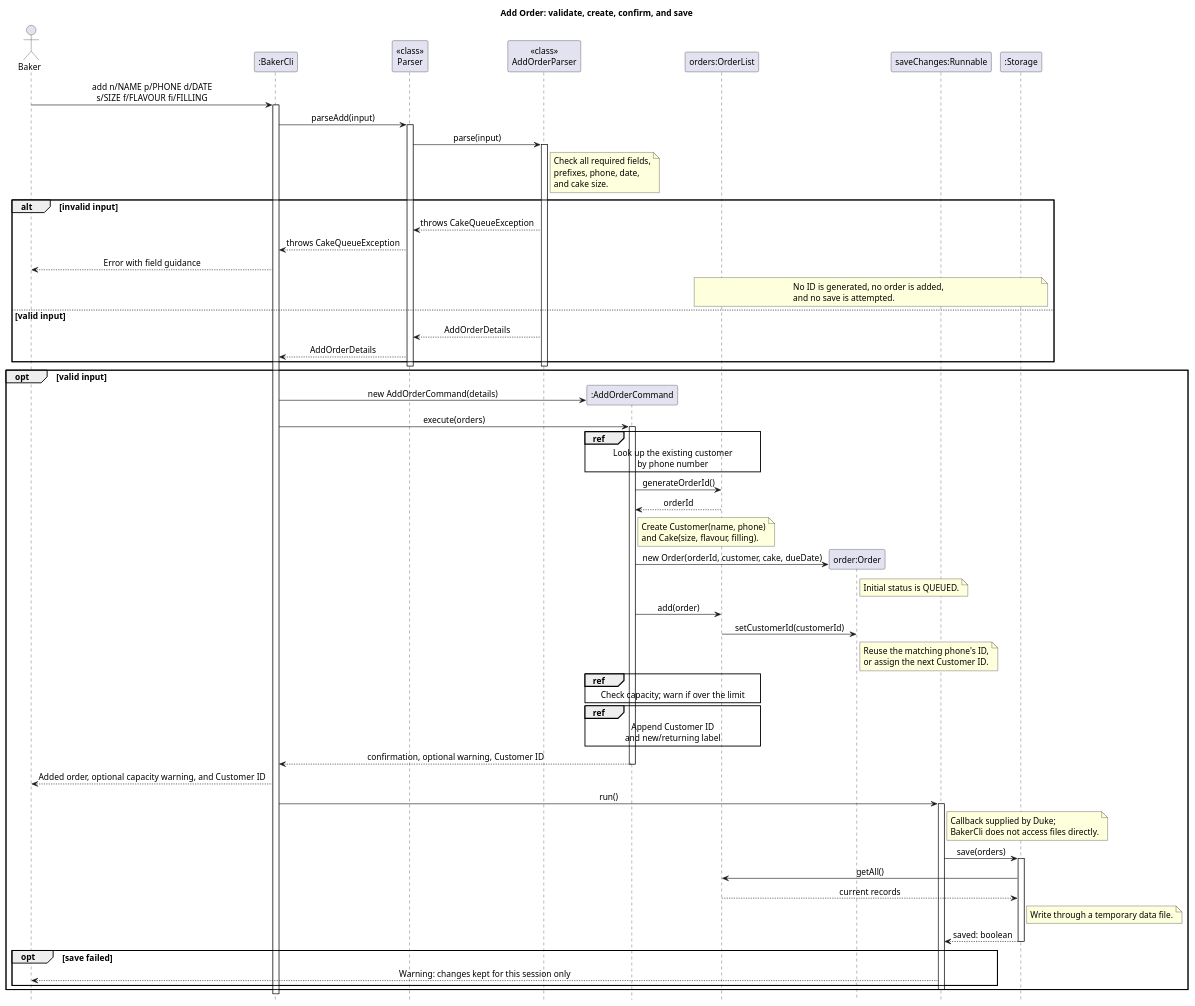
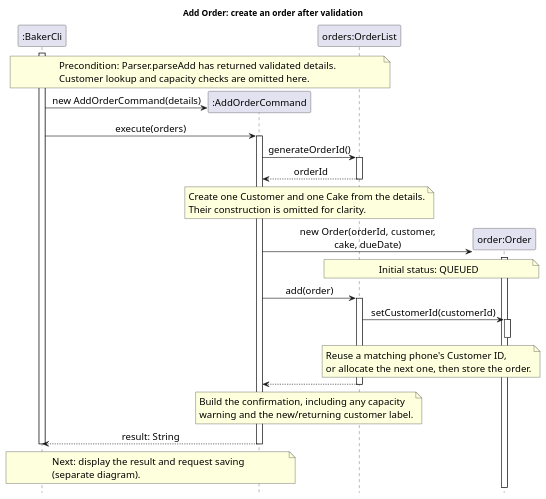
The diagram in docs/diagrams/add-order-sequence.puml (AY2627S1-CS2113-W12-1/tp), drawn with PlantUML before and after one commit. The commit also changed 9 other files, not shown here.

```diff
--- a/docs/diagrams/add-order-sequence.puml
+++ b/docs/diagrams/add-order-sequence.puml
@@ -1,90 +1,59 @@
 @startuml
 ' Author: Eethanzyj
-title Add Order: validate, create, confirm, and save
+title Add Order: create an order after validation
 skinparam backgroundColor white
 skinparam defaultFontName SansSerif
-skinparam defaultFontSize 14
+skinparam defaultFontSize 16
 skinparam sequenceMessageAlign center
 hide footbox
 
-actor Baker
 participant ":BakerCli" as Cli
-participant "<<class>>\nParser" as Parser
-participant "<<class>>\nAddOrderParser" as AddParser
 participant ":AddOrderCommand" as Add
 participant "orders:OrderList" as Orders
 participant "order:Order" as Order
-participant "saveChanges:Runnable" as Save
-participant ":Storage" as Storage
 
-Baker -> Cli : add n/NAME p/PHONE d/DATE\ns/SIZE f/FLAVOUR fi/FILLING
+note over Cli, Orders
+  Precondition: Parser.parseAdd has returned validated details.
+  Customer lookup and capacity checks are omitted here.
+end note
 activate Cli
-Cli -> Parser : parseAdd(input)
-activate Parser
-Parser -> AddParser : parse(input)
-activate AddParser
-note right of AddParser
-  Check all required fields,
-  prefixes, phone, date,
-  and cake size.
+create Add
+Cli -> Add : new AddOrderCommand(details)
+Cli -> Add : execute(orders)
+activate Add
+Add -> Orders : generateOrderId()
+activate Orders
+Orders --> Add : orderId
+deactivate Orders
+note over Add, Orders
+  Create one Customer and one Cake from the details.
+  Their construction is omitted for clarity.
 end note
-alt invalid input
-  AddParser --> Parser : throws CakeQueueException
-  Parser --> Cli : throws CakeQueueException
-  Cli --> Baker : Error with field guidance
-  note over Orders, Storage
-    No ID is generated, no order is added,
-    and no save is attempted.
-  end note
-else valid input
-  AddParser --> Parser : AddOrderDetails
-  Parser --> Cli : AddOrderDetails
-end
-deactivate AddParser
-deactivate Parser
-opt valid input
-  create Add
-  Cli -> Add : new AddOrderCommand(details)
-  Cli -> Add : execute(orders)
-  activate Add
-  ref over Add, Orders : Look up the existing customer\nby phone number
-  Add -> Orders : generateOrderId()
-  Orders --> Add : orderId
-  note right of Add
-    Create Customer(name, phone)
-    and Cake(size, flavour, filling).
-  end note
-  create Order
-  Add -> Order : new Order(orderId, customer, cake, dueDate)
-  note right of Order : Initial status is QUEUED.
-  Add -> Orders : add(order)
-  Orders -> Order : setCustomerId(customerId)
-  note right of Order
-    Reuse the matching phone's ID,
-    or assign the next Customer ID.
-  end note
-  ref over Add, Orders : Check capacity; warn if over the limit
-  ref over Add, Orders : Append Customer ID\nand new/returning label
-  Add --> Cli : confirmation, optional warning, Customer ID
-  deactivate Add
-  Cli --> Baker : Added order, optional capacity warning, and Customer ID
-  Cli -> Save : run()
-  activate Save
-  note right of Save
-    Callback supplied by Duke;
-    BakerCli does not access files directly.
-  end note
-  Save -> Storage : save(orders)
-  activate Storage
-  Storage -> Orders : getAll()
-  Orders --> Storage : current records
-  note right of Storage : Write through a temporary data file.
-  Storage --> Save : saved: boolean
-  deactivate Storage
-  opt save failed
-    Save --> Baker : Warning: changes kept for this session only
-  end
-  deactivate Save
-end
+create Order
+Add -> Order : new Order(orderId, customer,\ncake, dueDate)
+activate Order
+note over Orders, Order : Initial status: QUEUED
+deactivate Order
+Add -> Orders : add(order)
+activate Orders
+Orders -> Order : setCustomerId(customerId)
+activate Order
+deactivate Order
+note over Orders, Order
+  Reuse a matching phone's Customer ID,
+  or allocate the next one, then store the order.
+end note
+Orders --> Add
+deactivate Orders
+note over Add, Orders
+  Build the confirmation, including any capacity
+  warning and the new/returning customer label.
+end note
+Add --> Cli : result: String
+deactivate Add
+note over Cli, Add
+  Next: display the result and request saving
+  (separate diagram).
+end note
 deactivate Cli
 @enduml
```
